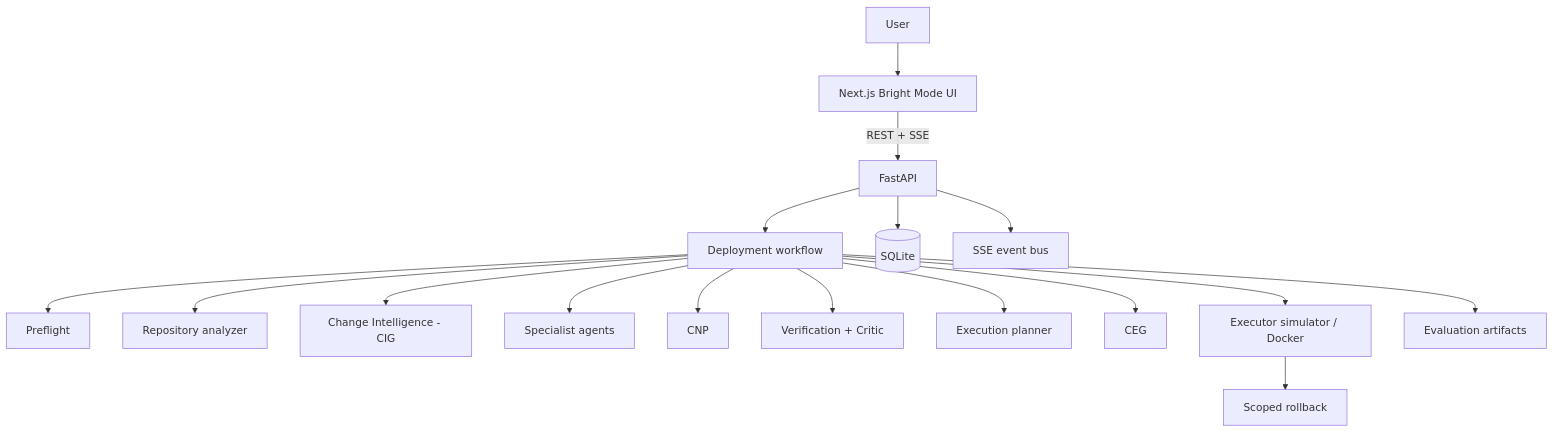
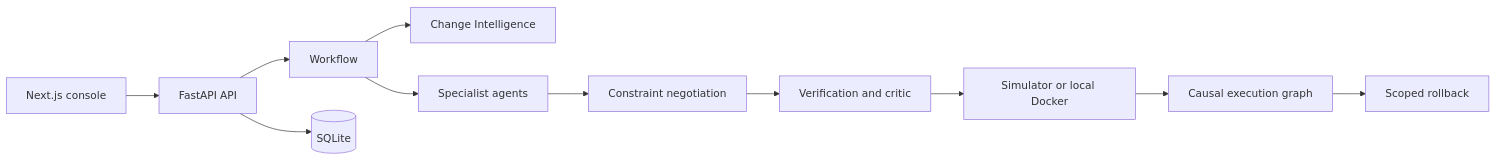
Before and after one commit to TheDhruva/Project-Medha: the diagram in README.md, drawn with Mermaid. The commit also changed other lines of this file and 2 other files, not shown here.

First line of the commit message:
Document project setup and protect local configuration

````diff
--- a/README.md
+++ b/README.md
@@ -56,19 +41,13 @@
 ```mermaid
-flowchart TD
-  User[User] --> UI[Next.js Bright Mode UI]
-  UI -->|REST + SSE| API[FastAPI]
-  API --> WF[Deployment workflow]
-  WF --> PF[Preflight]
-  WF --> AN[Repository analyzer]
-  WF --> CI[Change Intelligence - CIG]
-  WF --> AG[Specialist agents]
-  WF --> CNP[CNP]
-  WF --> VC[Verification + Critic]
-  WF --> EP[Execution planner]
-  WF --> CEG[CEG]
-  WF --> EX[Executor simulator / Docker]
-  EX --> RB[Scoped rollback]
-  WF --> EV[Evaluation artifacts]
-  API --> DB[(SQLite)]
-  API --> SSE[SSE event bus]
+flowchart LR
+    UI[Next.js console] --> API[FastAPI API]
+    API --> WF[Workflow]
+    WF --> CIG[Change Intelligence]
+    WF --> AG[Specialist agents]
+    AG --> CNP[Constraint negotiation]
+    CNP --> V[Verification and critic]
+    V --> E[Simulator or local Docker]
+    E --> CEG[Causal execution graph]
+    CEG --> RB[Scoped rollback]
+    API --> DB[(SQLite)]
 ```
````
